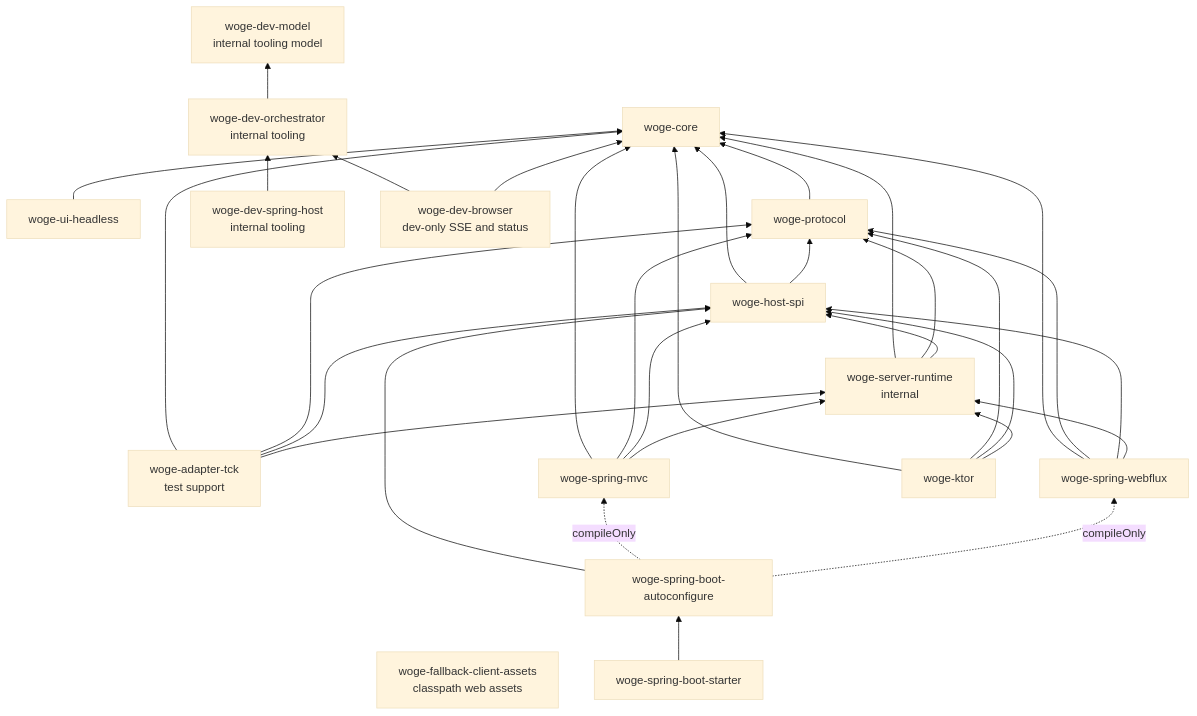
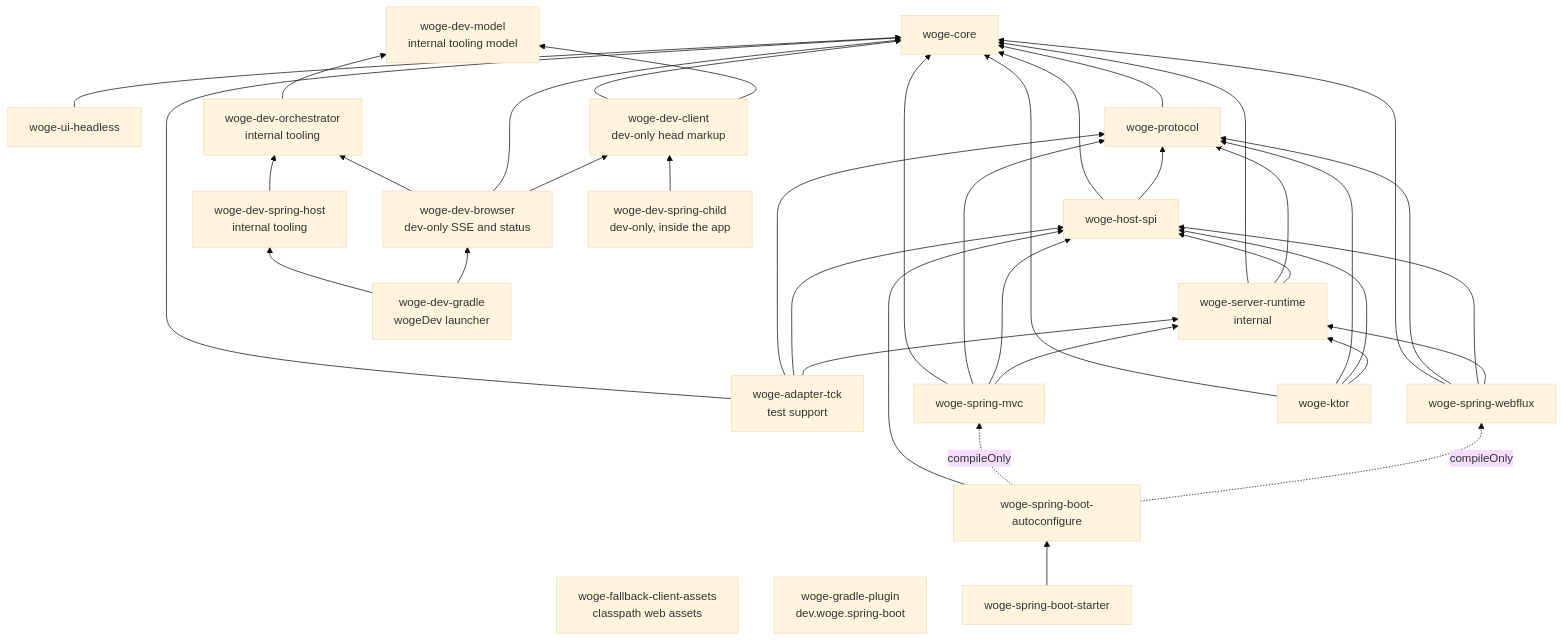
One commit to christian-draeger/woge changed the diagram in docs/architecture/module-graph.md. Above: the diagram before and after it, drawn with Mermaid (base theme). The commit also changed other lines of this file and 54 other files, not shown here.

First line of the commit message:
feat(dev): add wogeDev Gradle command for Spring Boot

````diff
--- a/docs/architecture/module-graph.md
+++ b/docs/architecture/module-graph.md
@@ -8,36 +8,43 @@
 ```mermaid
 flowchart BT
     UI[woge-ui-headless] --> Core[woge-core]
     Assets[woge-fallback-client-assets<br/>classpath web assets]
     Protocol[woge-protocol] --> Core
     SPI[woge-host-spi] --> Core
     SPI --> Protocol
     Runtime[woge-server-runtime<br/>internal] --> Core
     Runtime --> Protocol
     Runtime --> SPI
     DevModel[woge-dev-model<br/>internal tooling model]
     DevOrchestrator[woge-dev-orchestrator<br/>internal tooling] --> DevModel
     DevSpring[woge-dev-spring-host<br/>internal tooling] --> DevOrchestrator
     DevBrowser[woge-dev-browser<br/>dev-only SSE and status] --> DevOrchestrator
     DevBrowser --> Core
+    DevBrowser --> DevClient
+    DevClient[woge-dev-client<br/>dev-only head markup] --> Core
+    DevClient --> DevModel
+    DevChild[woge-dev-spring-child<br/>dev-only, inside the app] --> DevClient
+    DevGradle[woge-dev-gradle<br/>wogeDev launcher] --> DevSpring
+    DevGradle --> DevBrowser
+    GradlePlugin[woge-gradle-plugin<br/>dev.woge.spring-boot]
     TCK[woge-adapter-tck<br/>test support] --> Core
     TCK --> Protocol
     TCK --> SPI
     TCK --> Runtime
     MVC[woge-spring-mvc] --> Core
     MVC --> Protocol
     MVC --> SPI
     MVC --> Runtime
     WebFlux[woge-spring-webflux] --> Core
     WebFlux --> Protocol
     WebFlux --> SPI
     WebFlux --> Runtime
     Ktor[woge-ktor] --> Core
     Ktor --> Protocol
     Ktor --> SPI
     Ktor --> Runtime
     Auto[woge-spring-boot-autoconfigure] --> SPI
     Auto -. compileOnly .-> MVC
     Auto -. compileOnly .-> WebFlux
     Starter[woge-spring-boot-starter] --> Auto
 ```
````
